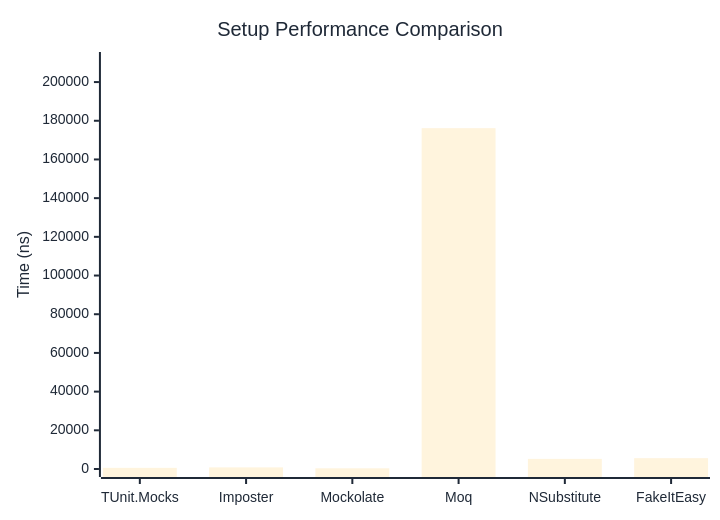
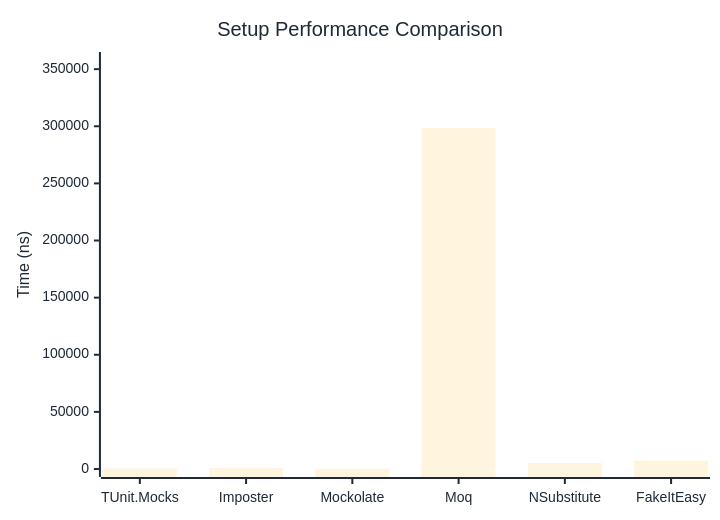
Before and after one commit to thomhurst/TUnit: the first of 2 diagrams in docs/docs/benchmarks/mocks/Setup.md, drawn with Mermaid. The commit also changed other lines of this file and 14 other files, not shown here.

````diff
--- a/docs/docs/benchmarks/mocks/Setup.md
+++ b/docs/docs/benchmarks/mocks/Setup.md
@@ -30,27 +30,27 @@
 ```mermaid
 %%{init: {
   'theme':'base',
   'themeVariables': {
     'primaryColor': '#2563eb',
     'primaryTextColor': '#1f2937',
     'primaryBorderColor': '#1e40af',
     'lineColor': '#6b7280',
     'secondaryColor': '#7c3aed',
     'tertiaryColor': '#dc2626',
     'background': '#ffffff',
     'pie1': '#2563eb',
     'pie2': '#7c3aed',
     'pie3': '#dc2626',
     'pie4': '#f59e0b',
     'pie5': '#10b981',
     'pie6': '#06b6d4',
     'pie7': '#ec4899',
     'pie8': '#6366f1'
   }
 }}%%
 xychart-beta
   title "Setup Performance Comparison"
   x-axis ["TUnit.Mocks", "Imposter", "Mockolate", "Moq", "NSubstitute", "FakeItEasy"]
-  y-axis "Time (ns)" 0 --> 211408
-  bar [593.3, 828.5, 358.1, 176172.8, 5236.1, 5599.5]
+  y-axis "Time (ns)" 0 --> 358007
+  bar [537.5, 774.2, 326.7, 298338.8, 5158.5, 7284.2]
 ```
````
